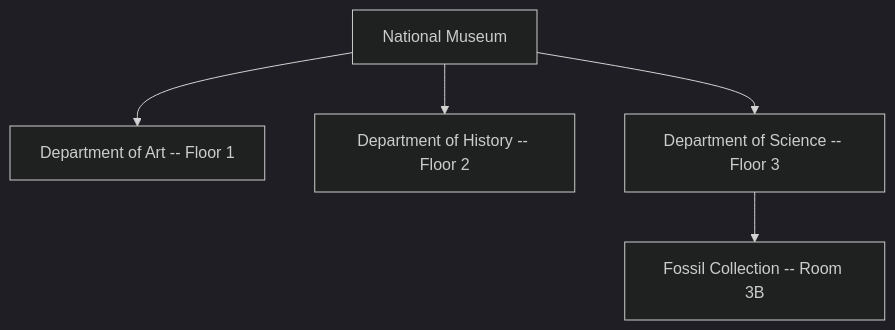
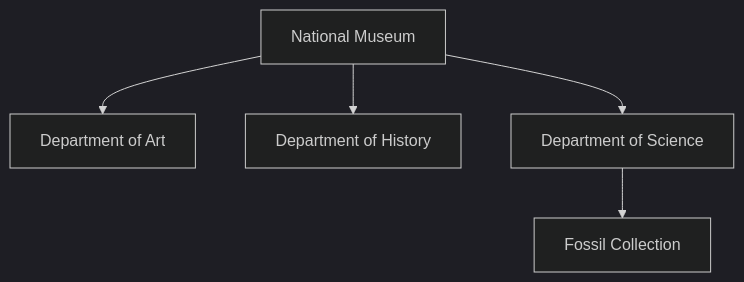
Before and after one commit to intino/subject-store: the diagram in README.md, drawn with Mermaid (dark theme). The commit also changed other lines of this file and 23 other files, not shown here.

````diff
--- a/README.md
+++ b/README.md
@@ -114,13 +114,13 @@
 ```mermaid
 graph TD
   A[National Museum]
-  A1[Department of Art -- Floor 1]
-  A2[Department of History -- Floor 2]
-  A3[Department of Science -- Floor 3]
-  A4[Fossil Collection -- Room 3B]
+  A1[Department of Art]
+  A2[Department of History]
+  A3[Department of Science]
+  A4[Fossil Collection]
 
   A --> A1
   A --> A2
   A --> A3
   A3 --> A4
 ```
````
